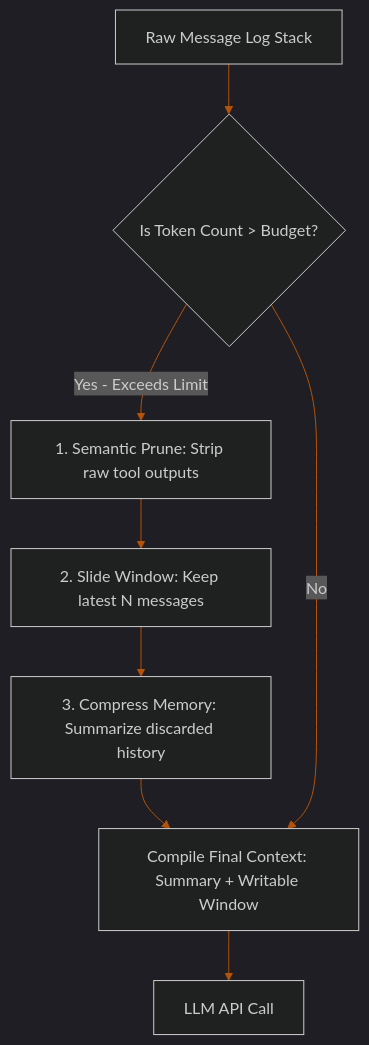
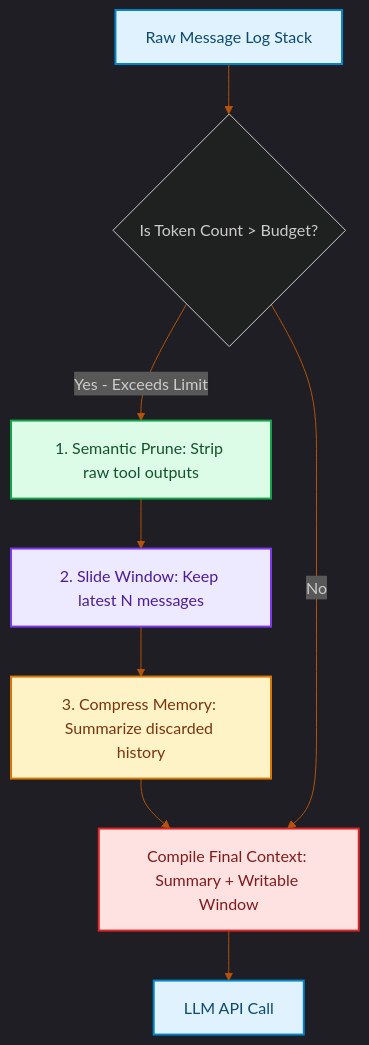
One commit to akmalkhaniub/akmalkhaniub.github.io changed the diagram in blog/posts/agentic-context-pruning-sliding-windows-memory-compression.md. Above: the diagram before and after it, drawn with Mermaid. The commit also changed other lines of this file and 1291 other files, not shown here.

First line of the commit message:
feat(catalog): unique covers, scholarly references, and diagram palettes

````diff
--- a/blog/posts/agentic-context-pruning-sliding-windows-memory-compression.md
+++ b/blog/posts/agentic-context-pruning-sliding-windows-memory-compression.md
@@ -18,14 +18,25 @@
 ```mermaid
 %%{init: {'theme': 'dark', 'themeVariables': { 'primaryColor': '#b45309', 'primaryTextColor': '#f3f4f6', 'primaryBorderColor': '#f59e0b', 'lineColor': '#b45309', 'secondaryColor': '#111827', 'tertiaryColor': '#0b0f19'}}}%%
 flowchart TD
-    Raw[Raw Message Log Stack] --> Slice{Is Token Count > Budget?}
+    Raw["Raw Message Log Stack"] --> Slice{Is Token Count > Budget?}
     
-    Slice -->|Yes - Exceeds Limit| Prune[1. Semantic Prune: Strip raw tool outputs]
-    Prune --> Slide[2. Slide Window: Keep latest N messages]
-    Slide --> Compress[3. Compress Memory: Summarize discarded history]
+    Slice -->|Yes - Exceeds Limit| Prune["1. Semantic Prune: Strip raw tool outputs"]
+    Prune --> Slide["2. Slide Window: Keep latest N messages"]
+    Slide --> Compress["3. Compress Memory: Summarize discarded history"]
     
-    Compress --> Compile[Compile Final Context: Summary + Writable Window]
+    Compress --> Compile["Compile Final Context: Summary + Writable Window"]
     Slice -->|No| Compile
     
-    Compile --> LLM[LLM API Call]
+    Compile --> LLM["LLM API Call"]
+
+classDef green fill:#dcfce7,stroke:#16a34a,stroke-width:2px,color:#14532d;
+classDef red fill:#fee2e2,stroke:#dc2626,stroke-width:2px,color:#7f1d1d;
+classDef blue fill:#e0f2fe,stroke:#0284c7,stroke-width:2px,color:#0c4a6e;
+classDef yellow fill:#fef3c7,stroke:#d97706,stroke-width:2px,color:#78350f;
+classDef purple fill:#ede9fe,stroke:#7c3aed,stroke-width:2px,color:#4c1d95;
+class Raw,LLM blue
+class Prune green
+class Slide purple
+class Compress yellow
+class Compile red
 ```
````
